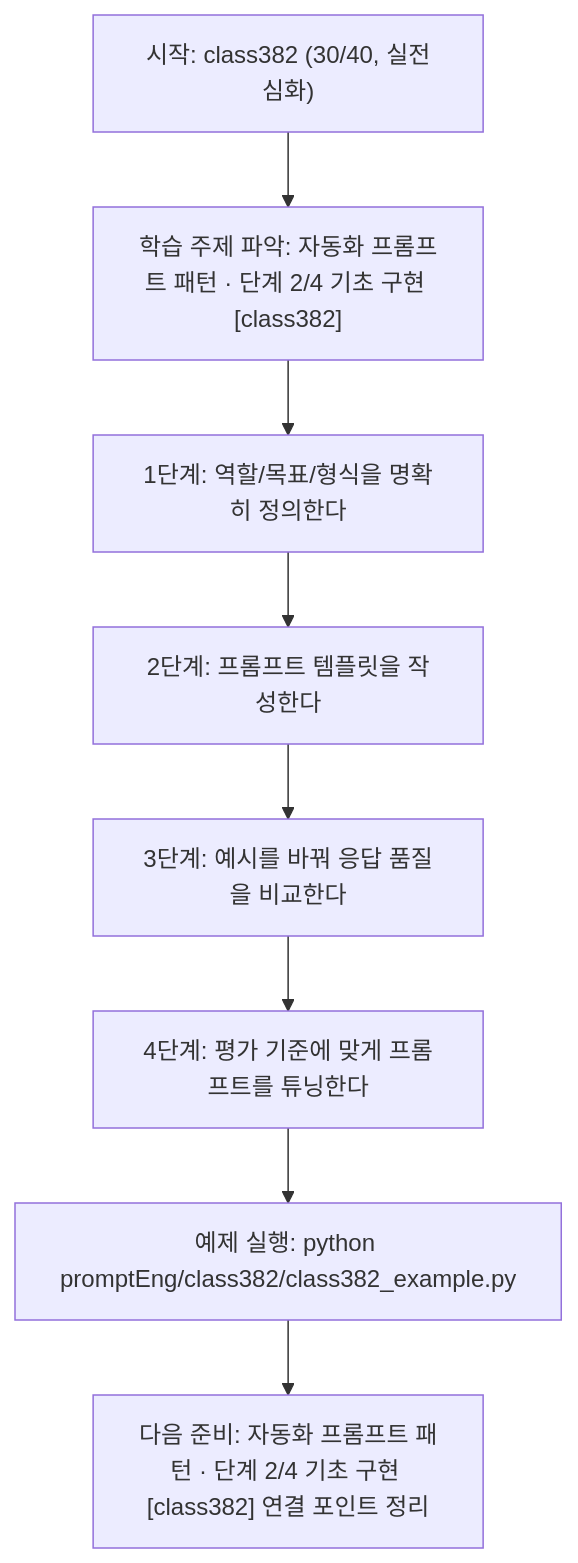
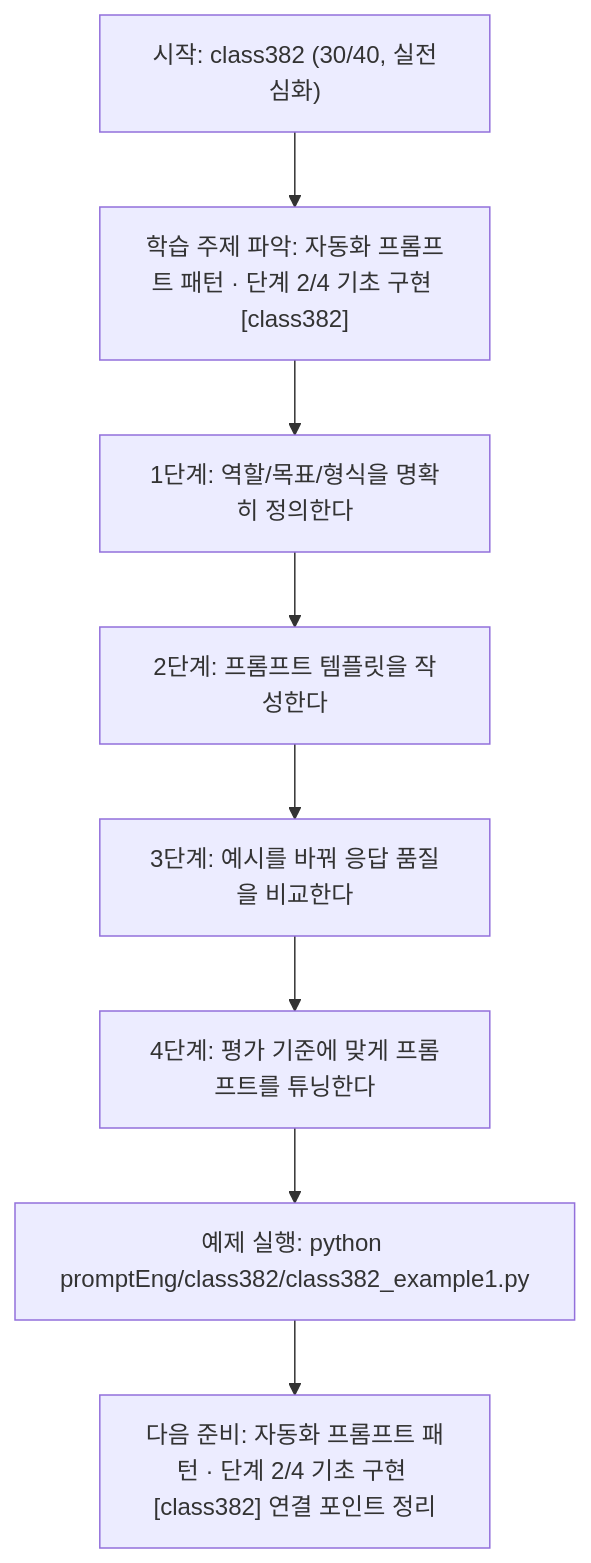
One commit to edumgt/Python-AI_Agent-Class changed the diagram in promptEng/class382/class382.md. Above: the diagram before and after it, drawn with Mermaid. The commit also changed other lines of this file and 2959 other files, not shown here.

````diff
--- a/promptEng/class382/class382.md
+++ b/promptEng/class382/class382.md
@@ -110,18 +110,18 @@
 ```mermaid
 flowchart TD
 N1["시작: class382 (30/40, 실전심화)"]
 N2["학습 주제 파악: 자동화 프롬프트 패턴 · 단계 2/4 기초 구현 [class382]"]
 N3["1단계: 역할/목표/형식을 명확히 정의한다"]
 N4["2단계: 프롬프트 템플릿을 작성한다"]
 N5["3단계: 예시를 바꿔 응답 품질을 비교한다"]
 N6["4단계: 평가 기준에 맞게 프롬프트를 튜닝한다"]
-N7["예제 실행: python promptEng/class382/class382_example.py"]
+N7["예제 실행: python promptEng/class382/class382_example1.py"]
 N8["다음 준비: 자동화 프롬프트 패턴 · 단계 2/4 기초 구현 [class382] 연결 포인트 정리"]
 N1 --> N2
 N2 --> N3
 N3 --> N4
 N4 --> N5
 N5 --> N6
 N6 --> N7
 N7 --> N8
 ```
````
